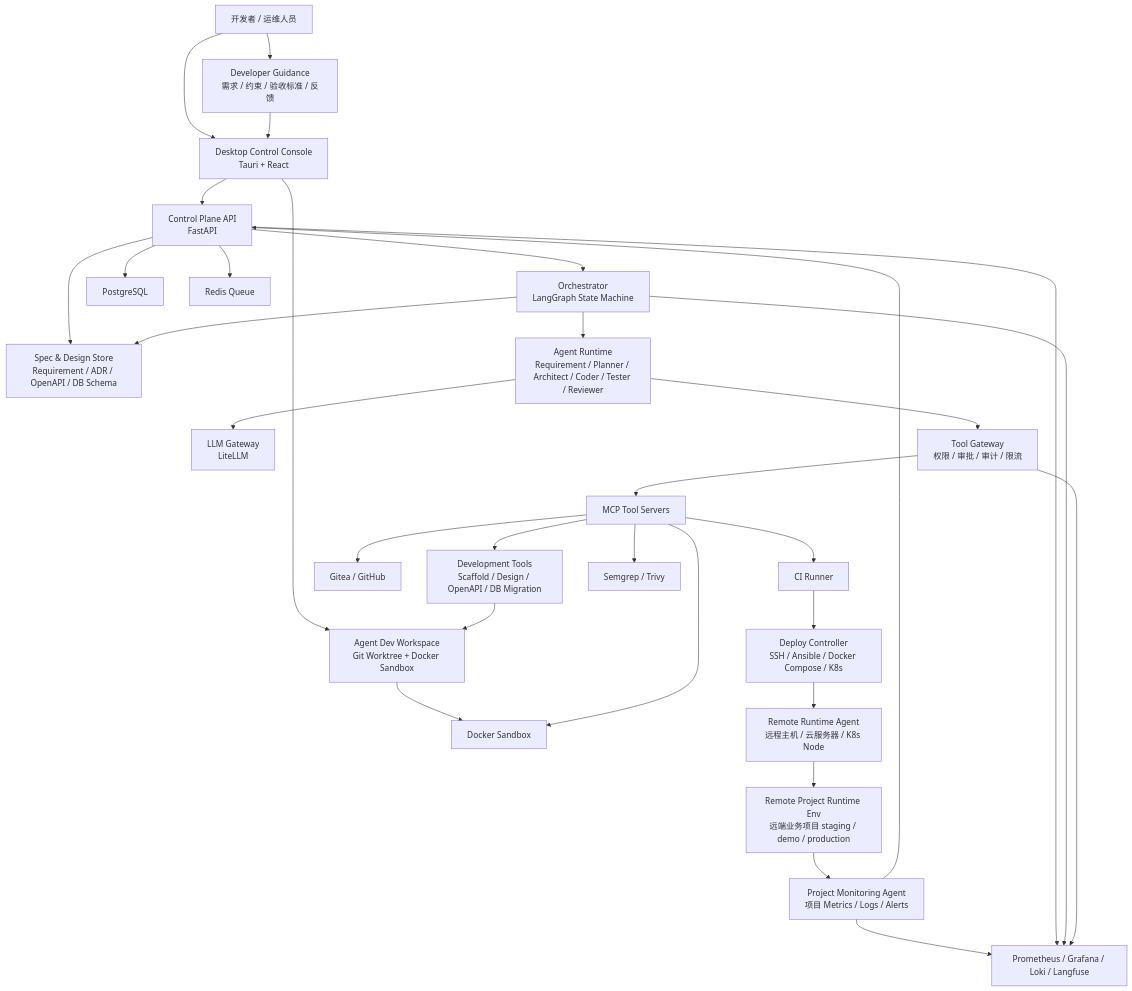
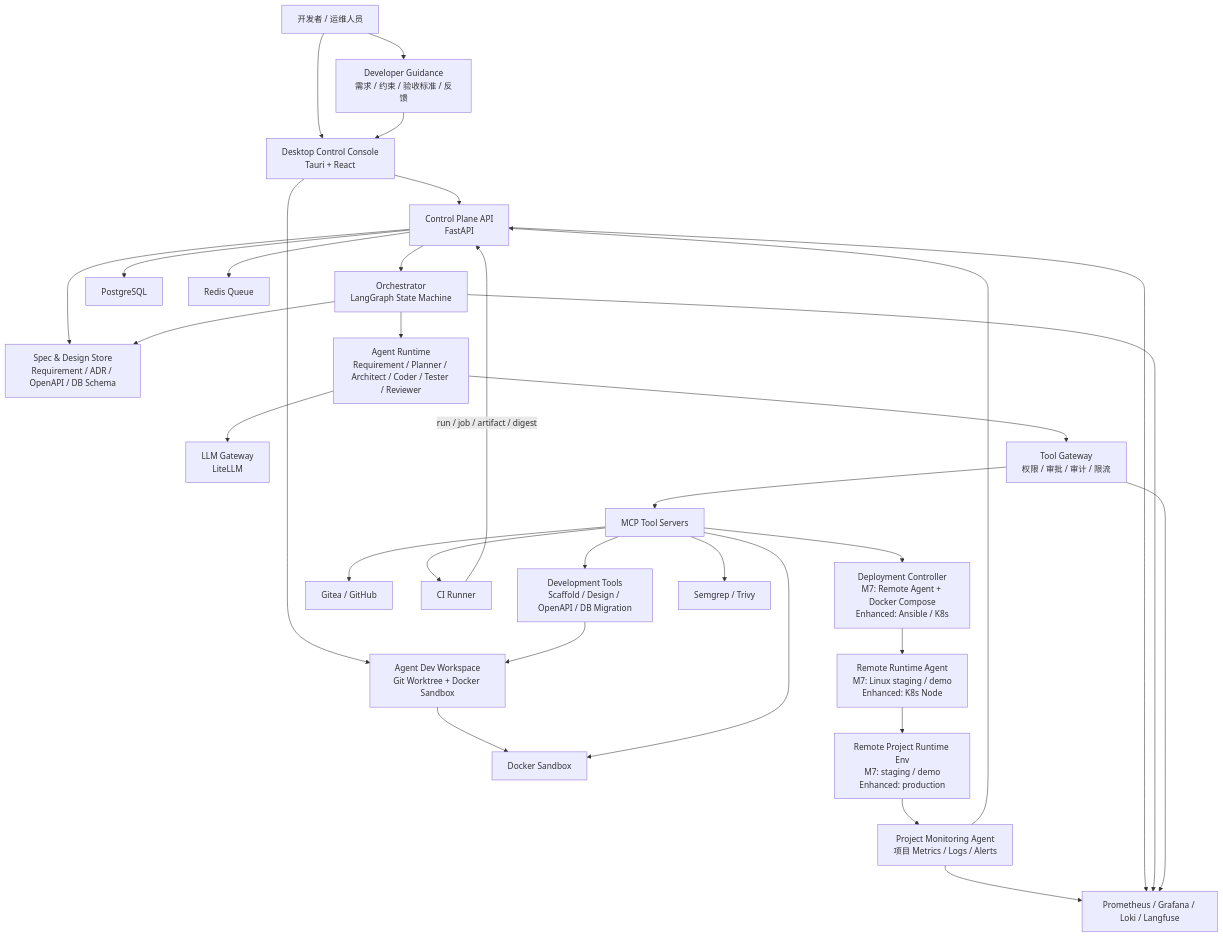
One commit to ChaceQC/CloudHelm changed the first of 4 diagrams in 云舵 CloudHelm 毕设设计书.md. Above: the diagram before and after it, drawn with Mermaid. The commit also changed other lines of this file and 36 other files, not shown here.

````diff
--- a/云舵 CloudHelm 毕设设计书.md
+++ b/云舵 CloudHelm 毕设设计书.md
@@ -442,57 +443,58 @@
 ```mermaid
 flowchart TB
     User["开发者 / 运维人员"]
     Console["Desktop Control Console\nTauri + React"]
     Guidance["Developer Guidance\n需求 / 约束 / 验收标准 / 反馈"]
     Spec["Spec & Design Store\nRequirement / ADR / OpenAPI / DB Schema"]
     LocalDev["Agent Dev Workspace\nGit Worktree + Docker Sandbox"]
     API["Control Plane API\nFastAPI"]
     Orchestrator["Orchestrator\nLangGraph State Machine"]
     AgentRuntime["Agent Runtime\nRequirement / Planner / Architect / Coder / Tester / Reviewer"]
     LLM["LLM Gateway\nLiteLLM"]
     ToolGateway["Tool Gateway\n权限 / 审批 / 审计 / 限流"]
     MCP["MCP Tool Servers"]
     DevTools["Development Tools\nScaffold / Design / OpenAPI / DB Migration"]
     Sandbox["Docker Sandbox"]
     Git["Gitea / GitHub"]
     CI["CI Runner"]
-    Deploy["Deploy Controller\nSSH / Ansible / Docker Compose / K8s"]
-    RemoteAgent["Remote Runtime Agent\n远程主机 / 云服务器 / K8s Node"]
-    RemoteEnv["Remote Project Runtime Env\n远端业务项目 staging / demo / production"]
+    Deploy["Deployment Controller\nM7: Remote Agent + Docker Compose\nEnhanced: Ansible / K8s"]
+    RemoteAgent["Remote Runtime Agent\nM7: Linux staging / demo\nEnhanced: K8s Node"]
+    RemoteEnv["Remote Project Runtime Env\nM7: staging / demo\nEnhanced: production"]
     Monitor["Project Monitoring Agent\n项目 Metrics / Logs / Alerts"]
     Security["Semgrep / Trivy"]
     Obs["Prometheus / Grafana / Loki / Langfuse"]
     DB["PostgreSQL"]
     Redis["Redis Queue"]
 
     User --> Console
     User --> Guidance
     Guidance --> Console
     Console --> API
     Console --> LocalDev
     API --> Spec
     API --> DB
     API --> Redis
     API --> Orchestrator
     Orchestrator --> Spec
     Orchestrator --> AgentRuntime
     AgentRuntime --> LLM
     AgentRuntime --> ToolGateway
     ToolGateway --> MCP
     MCP --> DevTools
     DevTools --> LocalDev
     LocalDev --> Sandbox
     MCP --> Sandbox
     MCP --> Git
     MCP --> CI
-    CI --> Deploy
+    CI -->|"run / job / artifact / digest"| API
+    MCP --> Deploy
     Deploy --> RemoteAgent
     RemoteAgent --> RemoteEnv
     RemoteEnv --> Monitor
     Monitor --> Obs
     Monitor --> API
     MCP --> Security
     API --> Obs
     Orchestrator --> Obs
     ToolGateway --> Obs
 ```
````
